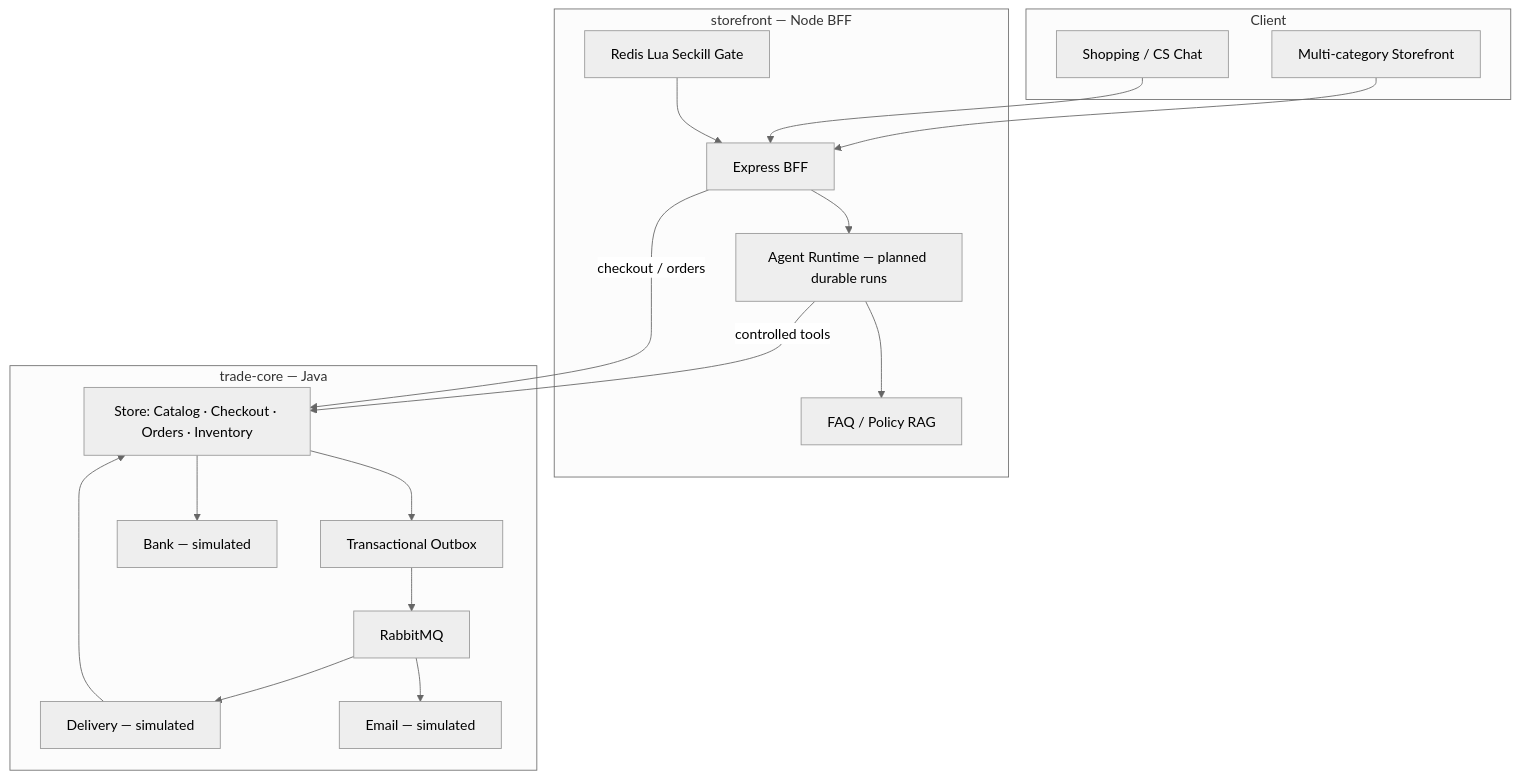
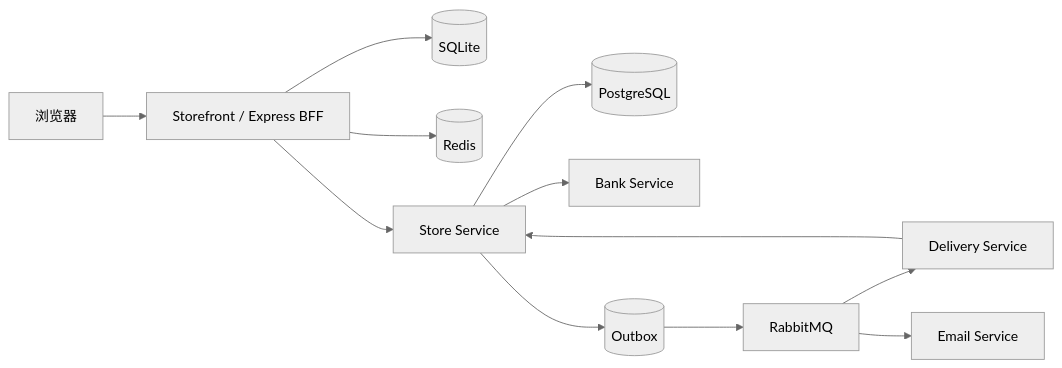
Before and after one commit to kikiarya/Agent-Commerce-Platform: the diagram in README.md, drawn with Mermaid (neutral theme). The commit also changed other lines of this file, not shown here.

````diff
--- a/README.md
+++ b/README.md
@@ -70,36 +46,14 @@
 ```mermaid
-flowchart TB
-  subgraph client [Client]
-    UI[Multi-category Storefront]
-    Chat[Shopping / CS Chat]
-  end
-
-  subgraph front [storefront — Node BFF]
-    BFF[Express BFF]
-    Runtime[Agent Runtime — planned durable runs]
-    RAG[FAQ / Policy RAG]
-    Seckill[Redis Lua Seckill Gate]
-  end
-
-  subgraph core [trade-core — Java]
-    Store[Store: Catalog · Checkout · Orders · Inventory]
-    Outbox[Transactional Outbox]
-    Bank[Bank — simulated]
-    Delivery[Delivery — simulated]
-    Email[Email — simulated]
-    MQ[RabbitMQ]
-  end
-
-  UI --> BFF
-  Chat --> BFF
-  BFF --> Runtime
-  Runtime --> RAG
-  Runtime -->|controlled tools| Store
-  BFF -->|checkout / orders| Store
-  Seckill --> BFF
-  Store --> Bank
-  Store --> Outbox --> MQ
-  MQ --> Delivery
-  MQ --> Email
+flowchart LR
+  Browser[浏览器] --> BFF[Storefront / Express BFF]
+  BFF --> SQLite[(SQLite)]
+  BFF --> Redis[(Redis)]
+  BFF --> Store[Store Service]
+  Store --> PostgreSQL[(PostgreSQL)]
+  Store --> Bank[Bank Service]
+  Store --> Outbox[(Outbox)]
+  Outbox --> RabbitMQ[RabbitMQ]
+  RabbitMQ --> Delivery[Delivery Service]
+  RabbitMQ --> Email[Email Service]
   Delivery --> Store
 ```
````
